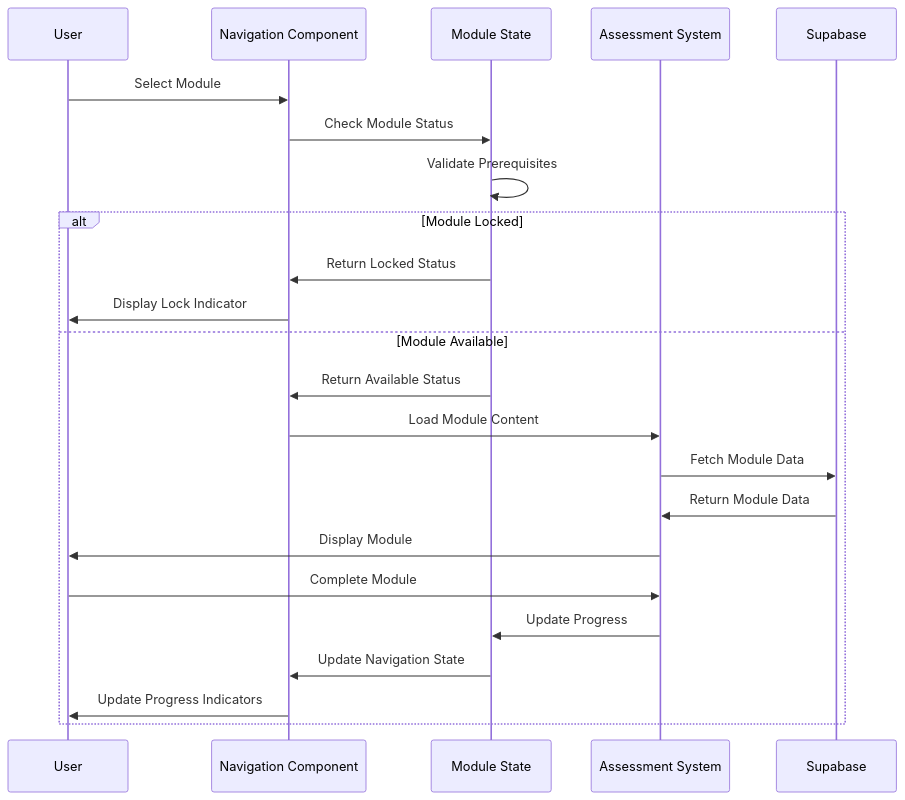
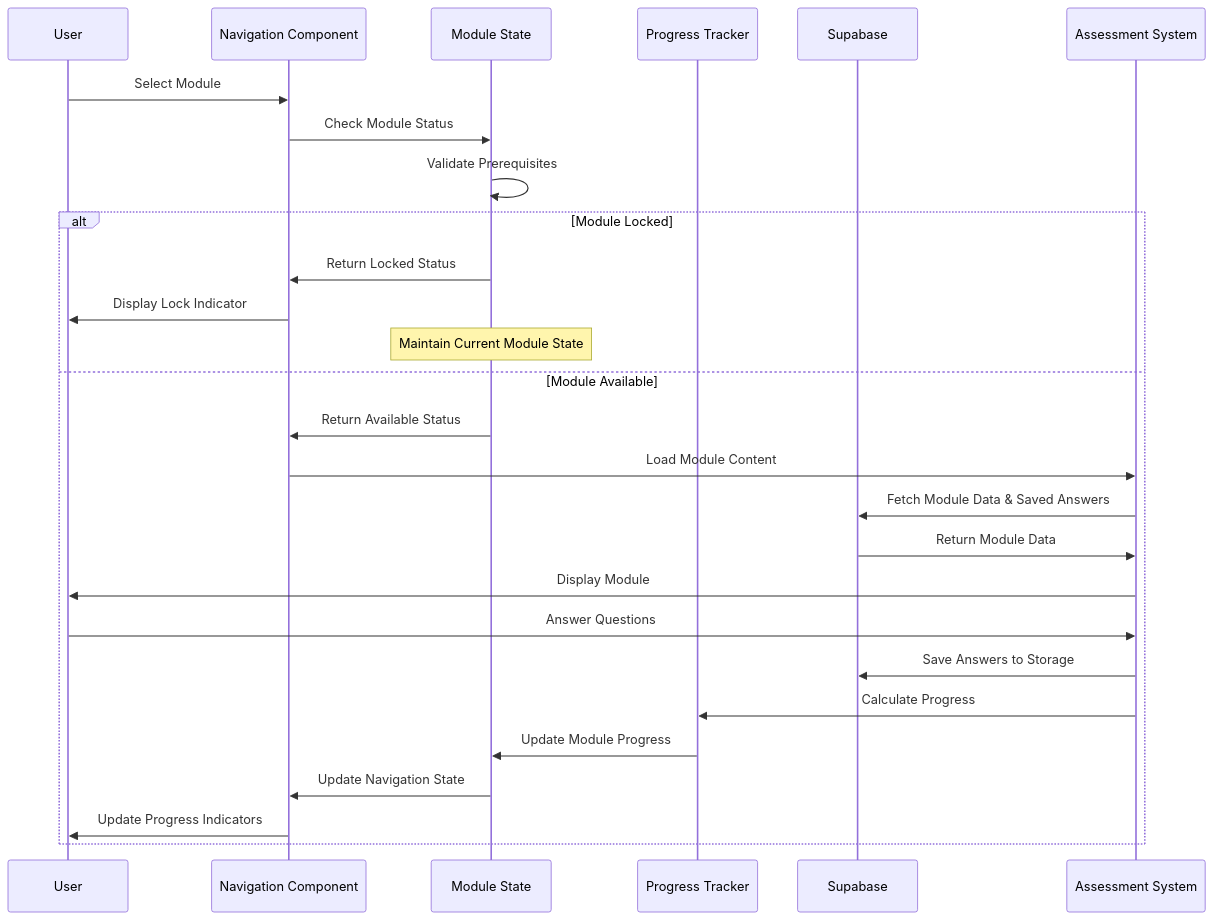
Before and after one commit to billynoodle/cursor-auto-rules-agile-workflow: the fifth of 5 diagrams in .ai/arch.md, drawn with Mermaid. The commit also changed other lines of this file and 284 other files, not shown here.

````diff
--- a/.ai/arch.md
+++ b/.ai/arch.md
@@ -161,26 +161,30 @@
 ```mermaid
 sequenceDiagram
     participant U as User
     participant N as Navigation Component
     participant M as Module State
+    participant P as Progress Tracker
+    participant S as Supabase
     participant A as Assessment System
-    participant S as Supabase
     
     U->>N: Select Module
     N->>M: Check Module Status
     M->>M: Validate Prerequisites
     alt Module Locked
         M->>N: Return Locked Status
         N->>U: Display Lock Indicator
+        Note over M: Maintain Current Module State
     else Module Available
         M->>N: Return Available Status
         N->>A: Load Module Content
-        A->>S: Fetch Module Data
+        A->>S: Fetch Module Data & Saved Answers
         S->>A: Return Module Data
         A->>U: Display Module
-        U->>A: Complete Module
-        A->>M: Update Progress
+        U->>A: Answer Questions
+        A->>S: Save Answers to Storage
+        A->>P: Calculate Progress
+        P->>M: Update Module Progress
         M->>N: Update Navigation State
         N->>U: Update Progress Indicators
     end
 ```
````
